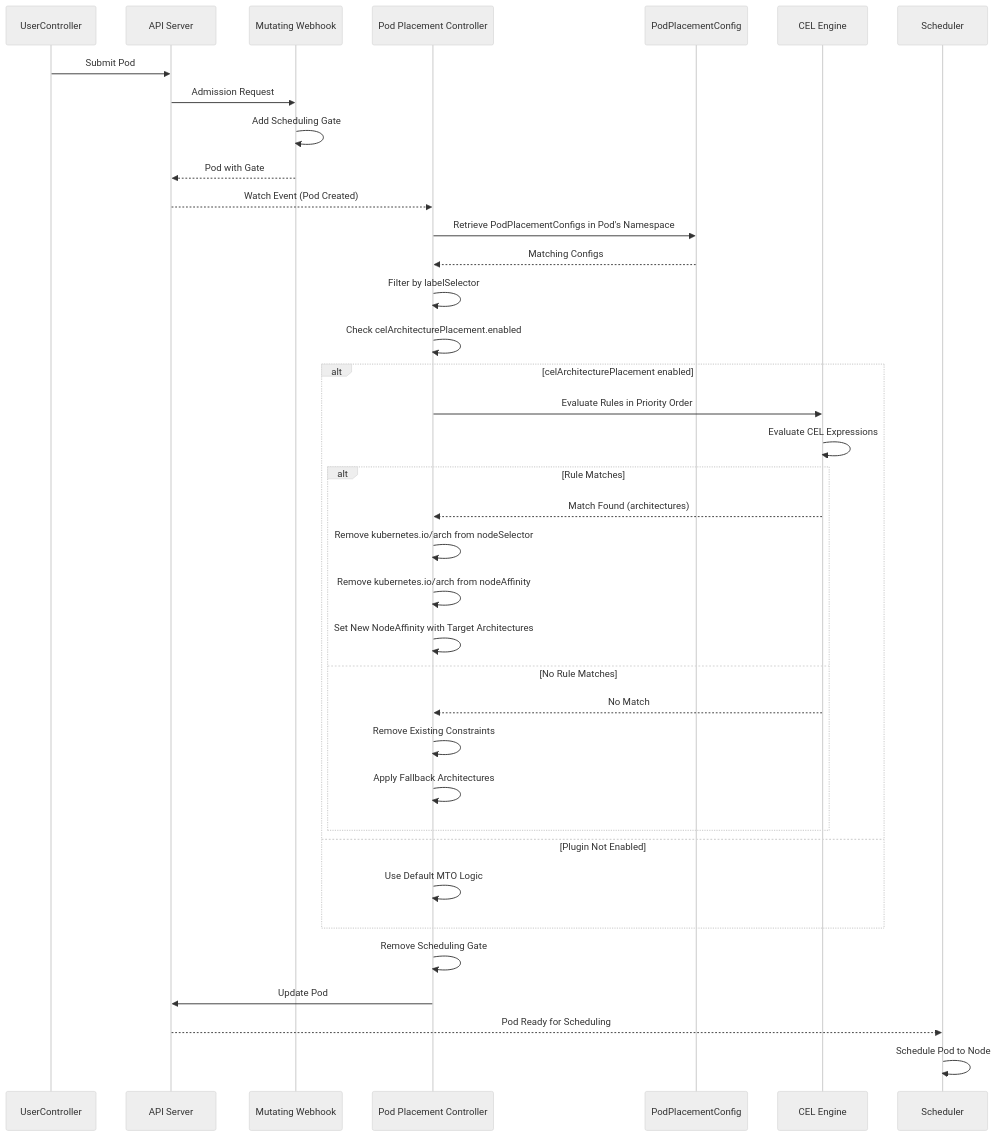
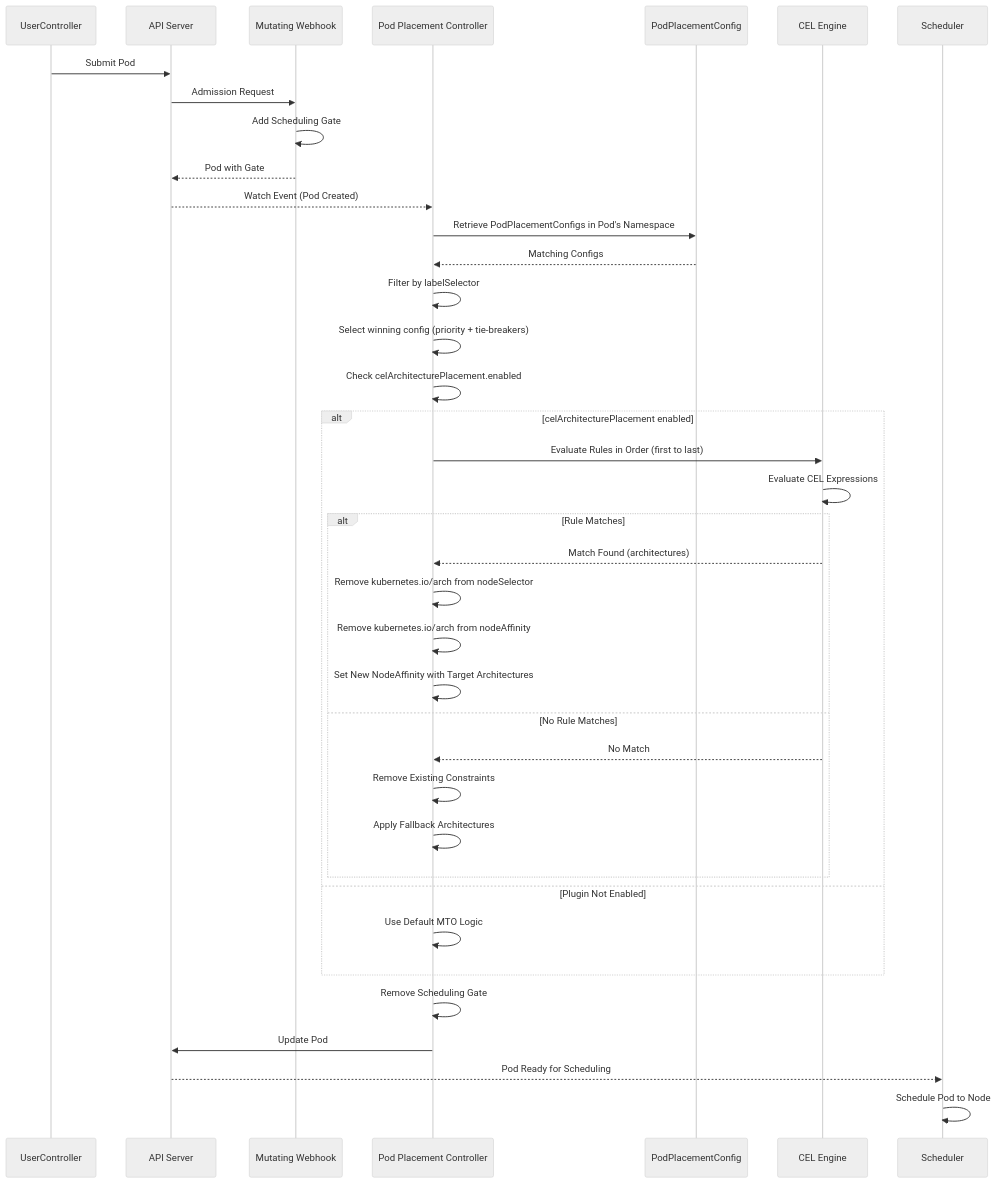
One commit to outrigger-project/multiarch-tuning-operator changed the first of 3 diagrams in docs/enhancements/MTO-0005-architecture-rules-plugin.md. Above: the diagram before and after it, drawn with Mermaid (neutral theme). The commit also changed other lines of this file, not shown here.

````diff
--- a/docs/enhancements/MTO-0005-architecture-rules-plugin.md
+++ b/docs/enhancements/MTO-0005-architecture-rules-plugin.md
@@ -105,45 +104,46 @@
 ```mermaid
 sequenceDiagram
     participant User as UserController
     participant API as API Server
     participant Webhook as Mutating Webhook
     participant Controller as Pod Placement Controller
     participant PPC as PodPlacementConfig
     participant CEL as CEL Engine
     participant Scheduler as Scheduler
 
     User->>API: Submit Pod
     API->>Webhook: Admission Request
     Webhook->>Webhook: Add Scheduling Gate
     Webhook-->>API: Pod with Gate
     API-->>Controller: Watch Event (Pod Created)
-    
+
     Controller->>PPC: Retrieve PodPlacementConfigs in Pod's Namespace
     PPC-->>Controller: Matching Configs
-    
+
     Controller->>Controller: Filter by labelSelector
+    Controller->>Controller: Select winning config (priority + tie-breakers)
     Controller->>Controller: Check celArchitecturePlacement.enabled
-    
+
     alt celArchitecturePlacement enabled
-        Controller->>CEL: Evaluate Rules in Priority Order
+        Controller->>CEL: Evaluate Rules in Order (first to last)
         CEL->>CEL: Evaluate CEL Expressions
-        
+
         alt Rule Matches
             CEL-->>Controller: Match Found (architectures)
             Controller->>Controller: Remove kubernetes.io/arch from nodeSelector
             Controller->>Controller: Remove kubernetes.io/arch from nodeAffinity
             Controller->>Controller: Set New NodeAffinity with Target Architectures
         else No Rule Matches
             CEL-->>Controller: No Match
             Controller->>Controller: Remove Existing Constraints
             Controller->>Controller: Apply Fallback Architectures
         end
     else Plugin Not Enabled
         Controller->>Controller: Use Default MTO Logic
     end
-    
+
     Controller->>Controller: Remove Scheduling Gate
     Controller->>API: Update Pod
     API-->>Scheduler: Pod Ready for Scheduling
     Scheduler->>Scheduler: Schedule Pod to Node
 ```
````
